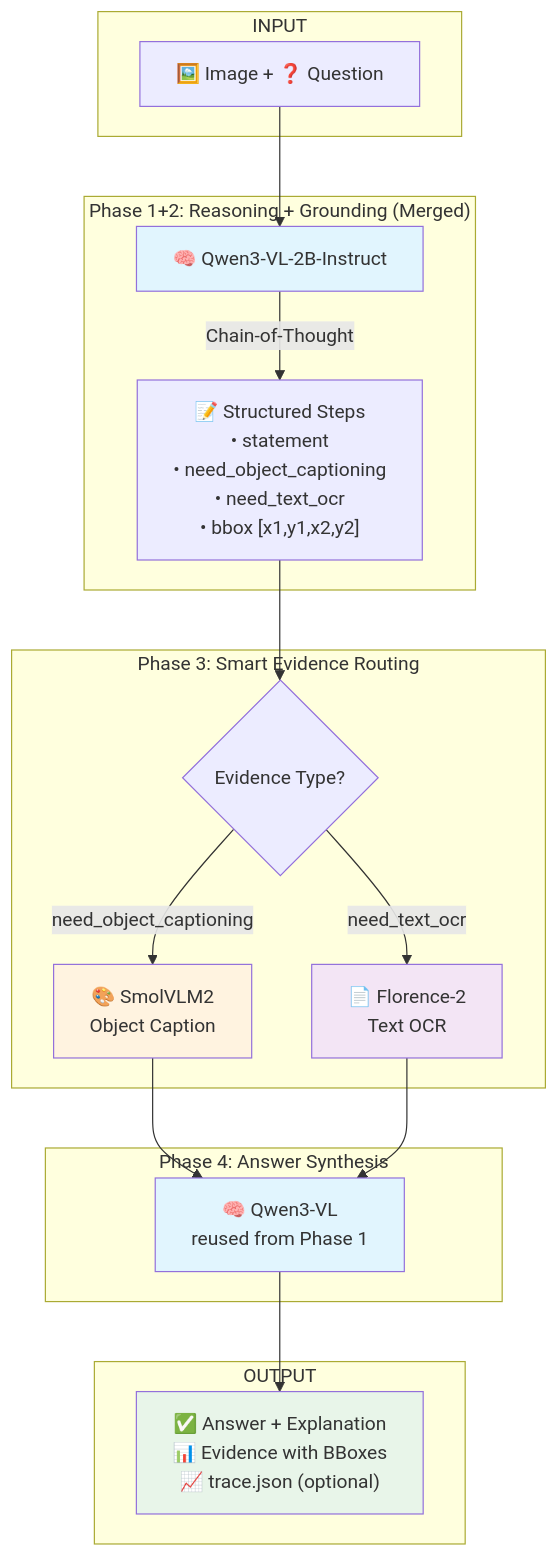
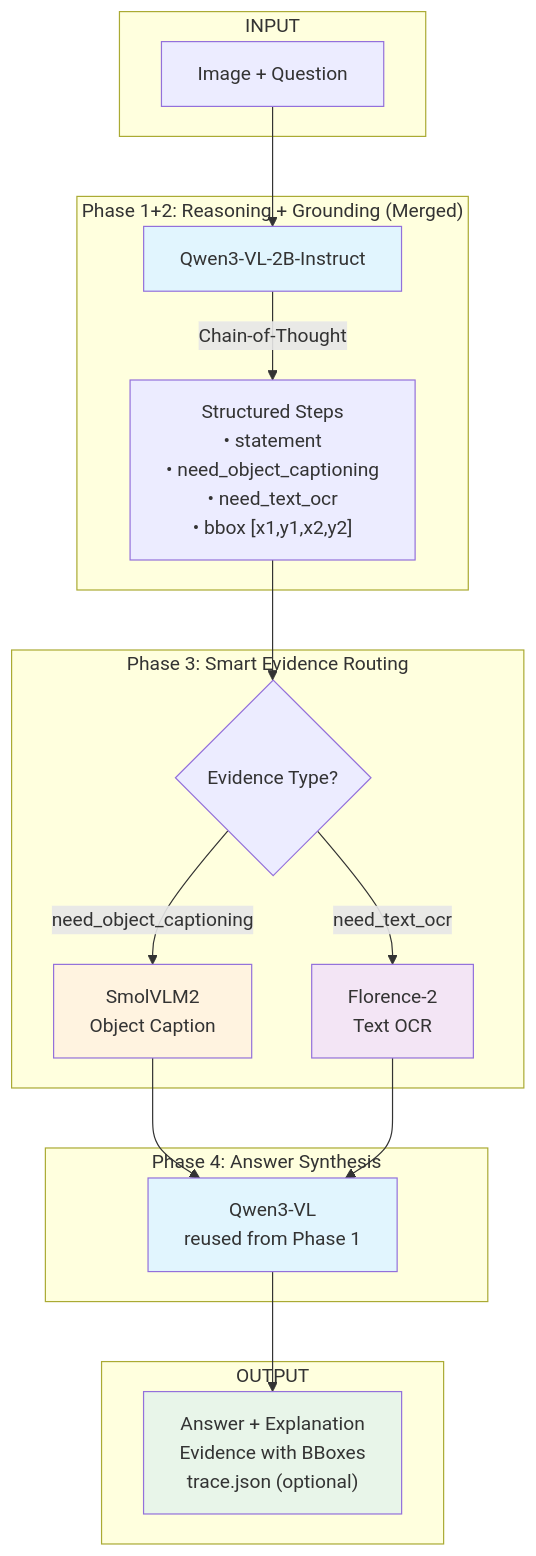
One commit to tuandung222/Internship-1 changed the diagram in README.md. Above: the diagram before and after it, drawn with Mermaid. The commit also changed other lines of this file and 2 other files, not shown here.

First line of the commit message:
refactor: clean README and improve JSON parsing robustness

````diff
--- a/README.md
+++ b/README.md
@@ -47,39 +43,39 @@
 ```mermaid
 flowchart TD
     subgraph INPUT
-        A[🖼️ Image + ❓ Question]
+        A[Image + Question]
     end
 
     subgraph PHASE_1_2["Phase 1+2: Reasoning + Grounding (Merged)"]
-        B[🧠 Qwen3-VL-2B-Instruct]
-        B --> |"Chain-of-Thought"| C["📝 Structured Steps<br/>• statement<br/>• need_object_captioning<br/>• need_text_ocr<br/>• bbox [x1,y1,x2,y2]"]
+        B[Qwen3-VL-2B-Instruct]
+        B --> |"Chain-of-Thought"| C["Structured Steps<br/>• statement<br/>• need_object_captioning<br/>• need_text_ocr<br/>• bbox [x1,y1,x2,y2]"]
     end
 
     subgraph PHASE_3["Phase 3: Smart Evidence Routing"]
         D{Evidence Type?}
-        E[🎨 SmolVLM2<br/>Object Caption]
-        F[📄 Florence-2<br/>Text OCR]
+        E[SmolVLM2<br/>Object Caption]
+        F[Florence-2<br/>Text OCR]
         D -->|need_object_captioning| E
         D -->|need_text_ocr| F
     end
 
     subgraph PHASE_4["Phase 4: Answer Synthesis"]
-        G[🧠 Qwen3-VL<br/>reused from Phase 1]
+        G[Qwen3-VL<br/>reused from Phase 1]
     end
 
     subgraph OUTPUT
-        H["✅ Answer + Explanation<br/>📊 Evidence with BBoxes<br/>📈 trace.json (optional)"]
+        H["Answer + Explanation<br/>Evidence with BBoxes<br/>trace.json (optional)"]
     end
 
     A --> B
     C --> D
     E --> G
     F --> G
     G --> H
 
     style B fill:#e1f5fe
     style E fill:#fff3e0
     style F fill:#f3e5f5
     style G fill:#e1f5fe
     style H fill:#e8f5e9
 ```
````
